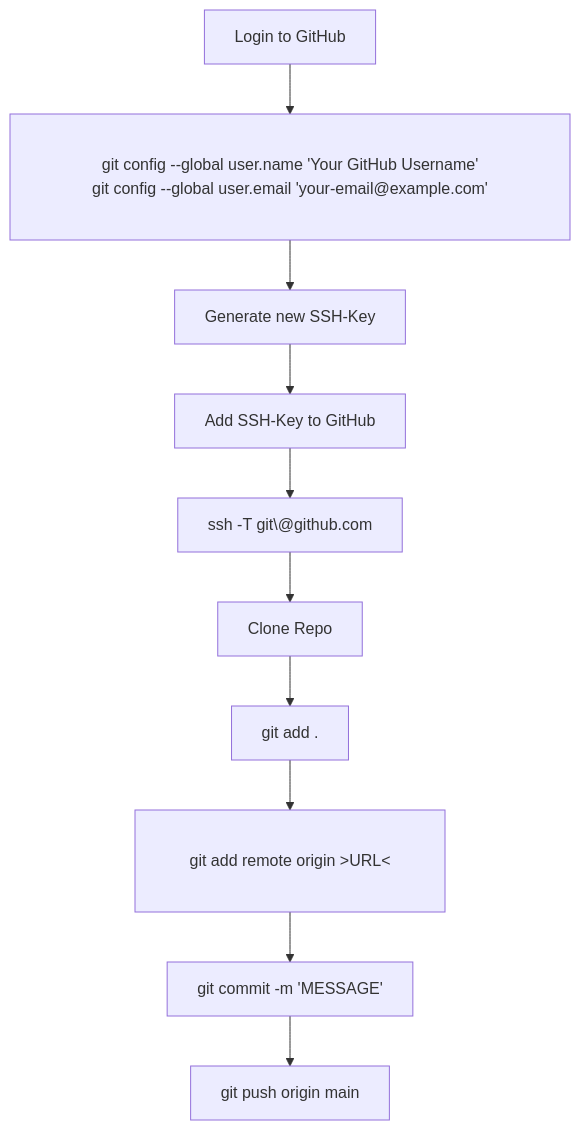
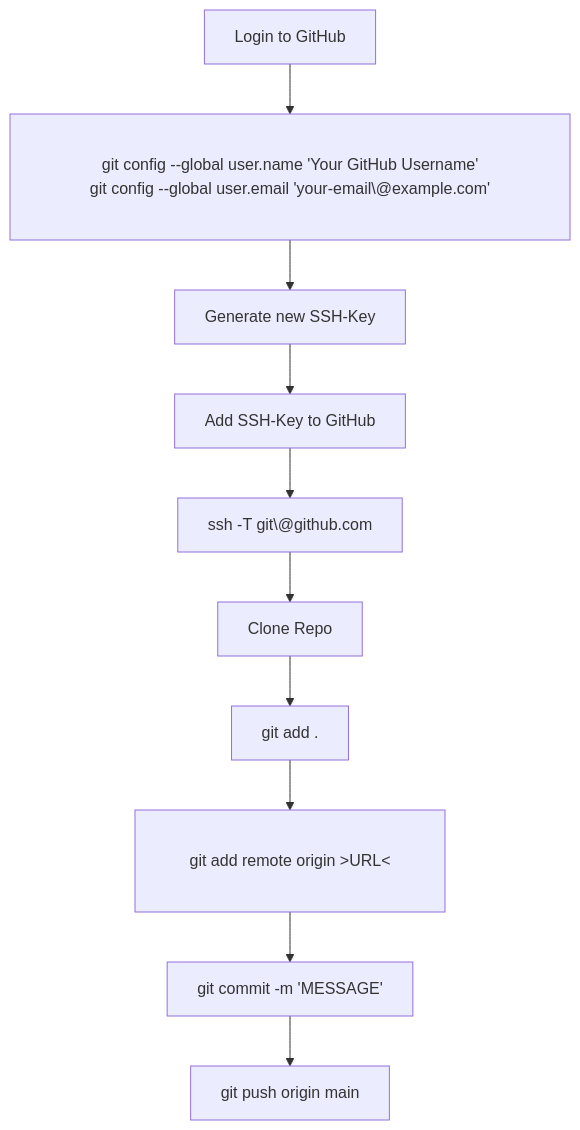
One commit to d41y/d41y.github.io changed the diagram in infra_misc/github_cloning_enabling.md. Above: the diagram before and after it, drawn with Mermaid.

````diff
--- a/infra_misc/github_cloning_enabling.md
+++ b/infra_misc/github_cloning_enabling.md
@@ -3,28 +3,28 @@
 ```mermaid
 flowchart TD
 
     A[Login to GitHub]
-    B[git config --global user.name 'Your GitHub Username'<br>git config --global user.email 'your-email@example.com']
+    B[git config --global user.name 'Your GitHub Username'<br>git config --global user.email 'your-email\@example.com']
     C[Generate new SSH-Key]
     D[Add SSH-Key to GitHub]
     E[ssh -T git\@github.com]
     F[Clone Repo]
     G[git add .]
     H[git add remote origin >URL<]
     I[git commit -m 'MESSAGE']
     J[git push origin main]
 
     A --> B:::wide
     B --> C
     C --> D
     D --> E
     E --> F
     F --> G
     G --> H:::kinda_wide
     H --> I
     I --> J
 
     classDef wide padding: 500px;
     classDef kinda_wide padding: 250px;
 
 ```
````
